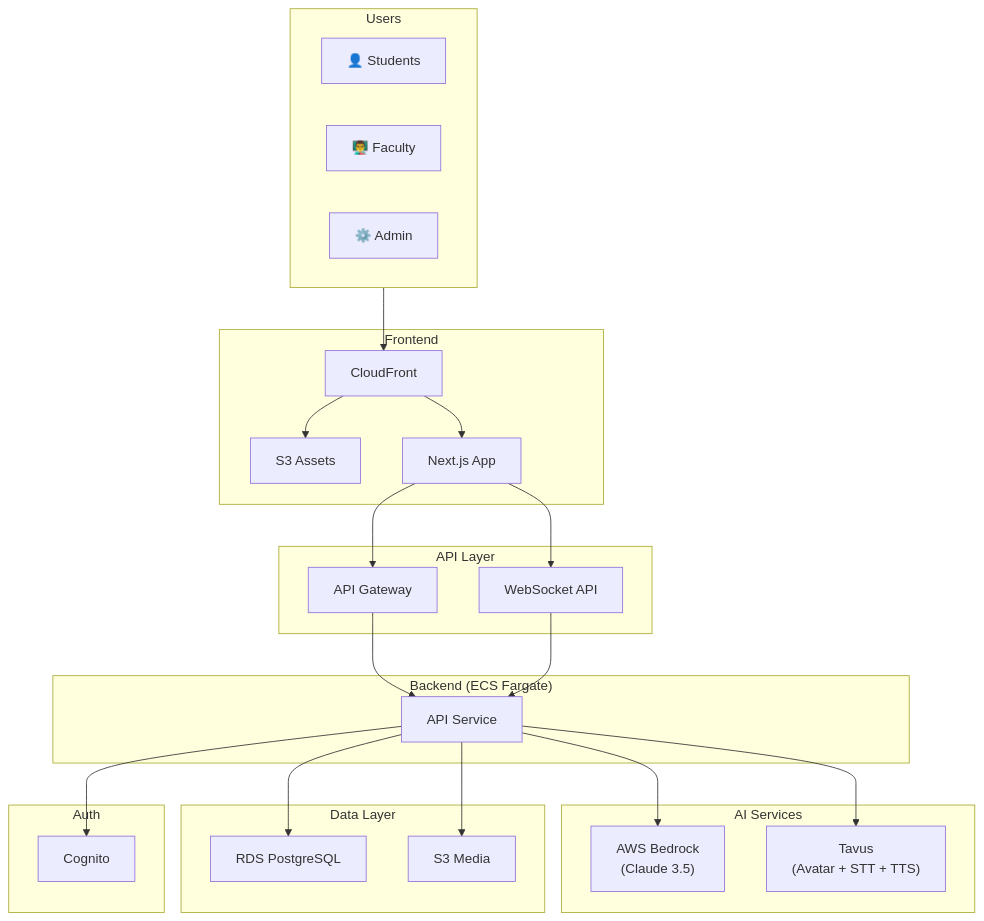
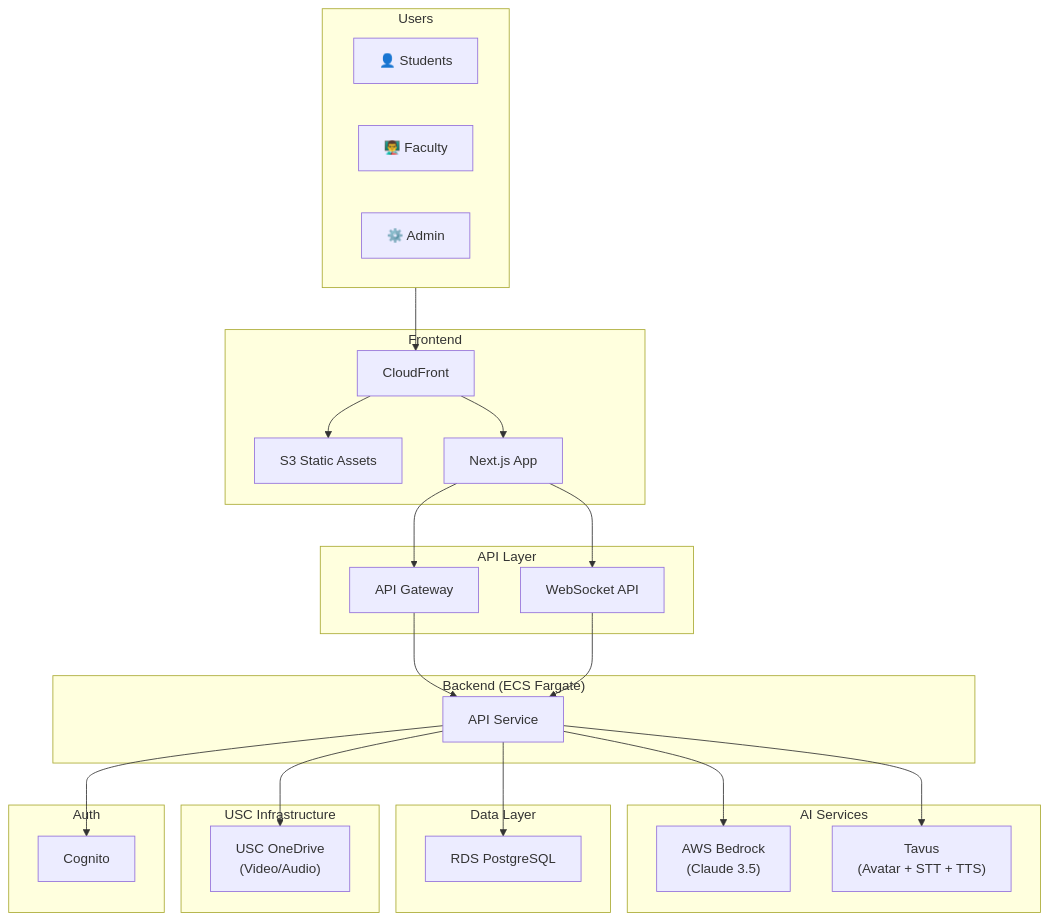
One commit to shkhan-caresync/usc-ai-learning-platform changed the first of 2 diagrams in docs/USC_AI_Platform_Architecture_v2.md. Above: the diagram before and after it, drawn with Mermaid. The commit also changed other lines of this file, not shown here.

Commit message:
Addign one drive

````diff
--- a/docs/USC_AI_Platform_Architecture_v2.md
+++ b/docs/USC_AI_Platform_Architecture_v2.md
@@ -555,53 +562,56 @@
 ```mermaid
 flowchart TB
     subgraph Users["Users"]
         Student["👤 Students"]
         Faculty["👨‍🏫 Faculty"]
         Admin["⚙️ Admin"]
     end
 
     subgraph Frontend["Frontend"]
         CF["CloudFront"]
-        S3Static["S3 Assets"]
+        S3Static["S3 Static Assets"]
         NextJS["Next.js App"]
     end
 
     subgraph API["API Layer"]
         APIGW["API Gateway"]
         WSAPI["WebSocket API"]
     end
 
     subgraph Backend["Backend (ECS Fargate)"]
         APISvc["API Service"]
     end
 
     subgraph AI["AI Services"]
         Bedrock["AWS Bedrock\n(Claude 3.5)"]
         Tavus["Tavus\n(Avatar + STT + TTS)"]
     end
 
     subgraph Data["Data Layer"]
         RDS["RDS PostgreSQL"]
-        S3Media["S3 Media"]
+    end
+
+    subgraph USC["USC Infrastructure"]
+        OneDrive["USC OneDrive\n(Video/Audio)"]
     end
 
     subgraph Auth["Auth"]
         Cognito["Cognito"]
     end
 
     Users --> CF
     CF --> S3Static
     CF --> NextJS
     
     NextJS --> APIGW
     NextJS --> WSAPI
     
     APIGW --> APISvc
     WSAPI --> APISvc
     
     APISvc --> Cognito
     APISvc --> Bedrock
     APISvc --> Tavus
     APISvc --> RDS
-    APISvc --> S3Media
+    APISvc --> OneDrive
 ```
````
